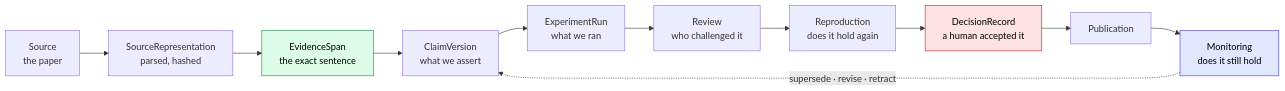
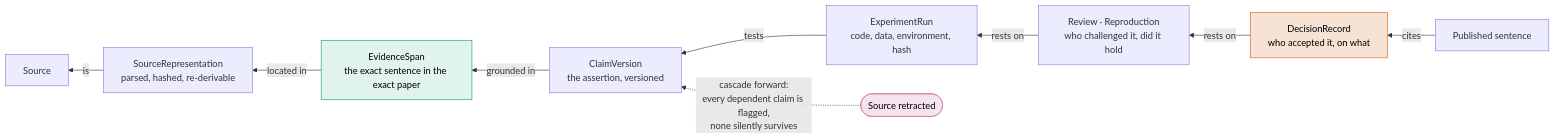
One commit to furkanhanilci/AETHRION changed the fourth of 16 diagrams in README.md. Above: the diagram before and after it, drawn with Mermaid. The commit also changed other lines of this file and 32 other files, not shown here.

````diff
--- a/README.md
+++ b/README.md
@@ -155,16 +165,14 @@
 ```mermaid
-flowchart LR
-    S["Source<br/>the paper"] --> SR["SourceRepresentation<br/>parsed, hashed"]
-    SR --> ES["EvidenceSpan<br/>the exact sentence"]
-    ES --> C["ClaimVersion<br/>what we assert"]
-    C --> R["ExperimentRun<br/>what we ran"]
-    R --> RV["Review<br/>who challenged it"]
-    RV --> RP["Reproduction<br/>does it hold again"]
-    RP --> D["DecisionRecord<br/>a human accepted it"]
-    D --> P["Publication"]
-    P --> MO["Monitoring<br/>does it still hold"]
-    MO -.->|"supersede · revise · retract"| C
-    style ES fill:#dcfce7,stroke:#15803d,color:#000
-    style D fill:#fee2e2,stroke:#b91c1c,color:#000
-    style MO fill:#e0e7ff,stroke:#4338ca,color:#000
+flowchart RL
+    P["Published sentence"] -->|"cites"| D["DecisionRecord<br/>who accepted it, on what"]
+    D -->|"rests on"| RV["Review · Reproduction<br/>who challenged it, did it hold"]
+    RV -->|"rests on"| R["ExperimentRun<br/>code, data, environment, hash"]
+    R -->|"tests"| C["ClaimVersion<br/>the assertion, versioned"]
+    C -->|"grounded in"| ES["EvidenceSpan<br/>the exact sentence in the exact paper"]
+    ES -->|"located in"| SR["SourceRepresentation<br/>parsed, hashed, re-derivable"]
+    SR -->|"is"| S["Source"]
+    RT(["Source retracted"]) -.->|"cascade forward:<br/>every dependent claim is flagged,<br/>none silently survives"| C
+    style ES fill:#E0F3EC,stroke:#009E73,color:#000
+    style D fill:#F7E2D6,stroke:#D55E00,color:#000
+    style RT fill:#F5E4EE,stroke:#CC79A7,color:#000
 ```
````
